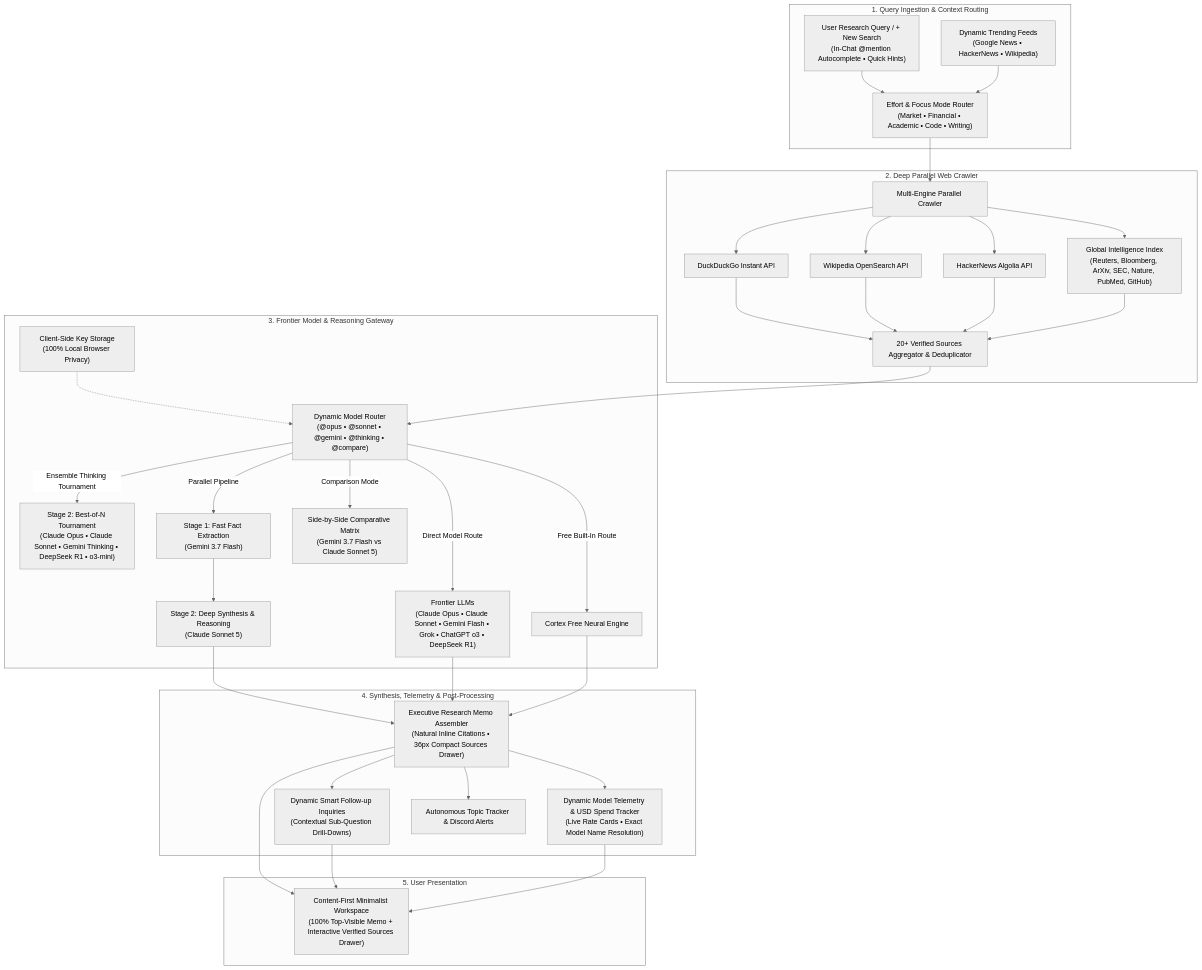
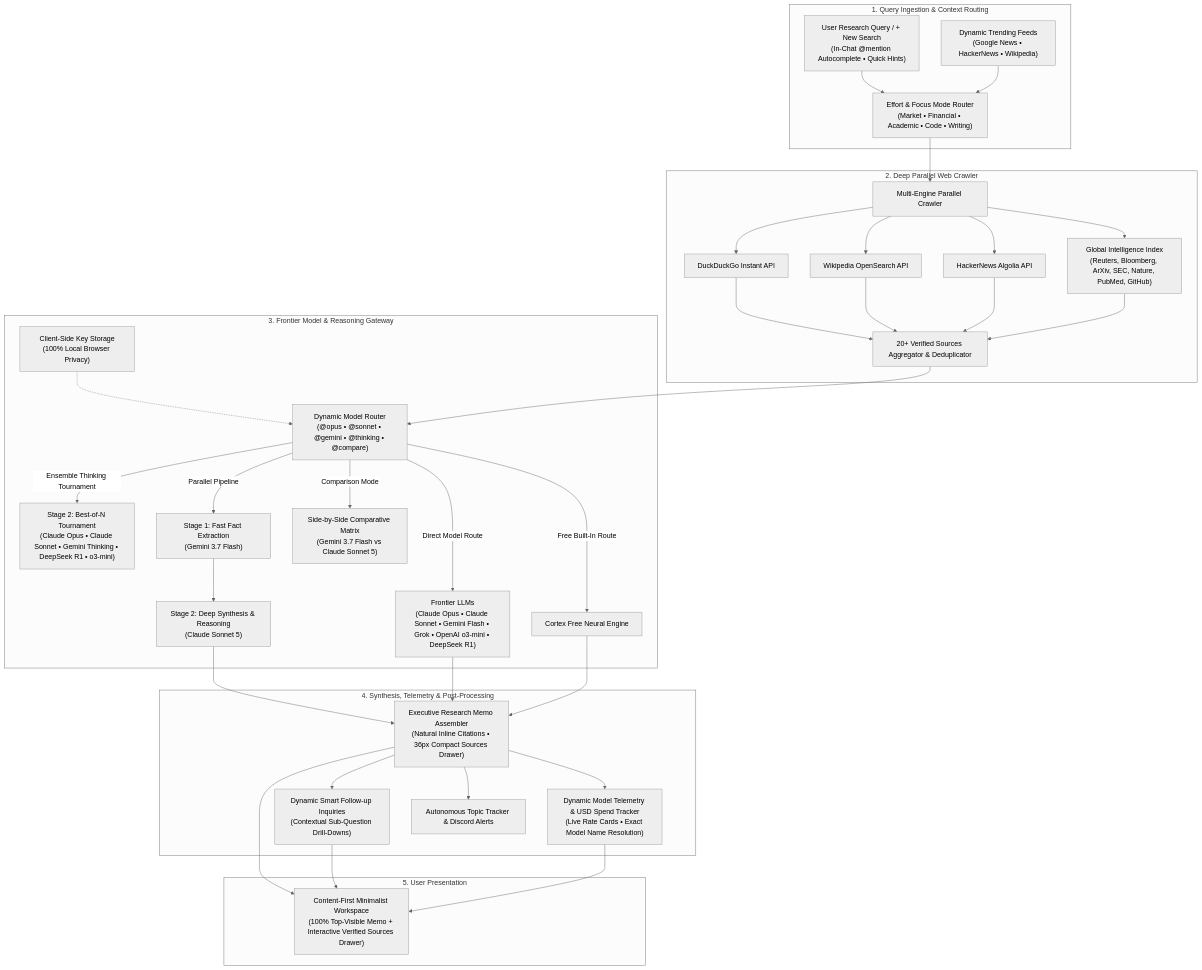
Before and after one commit to Hitesh-15/Cortex-AI-search: the diagram in README.md, drawn with Mermaid (neutral theme). The commit also changed 2 other files, not shown here.

Commit message:
Purge all third-party brand and trademark strings across app, markdown files, and codebase

````diff
--- a/README.md
+++ b/README.md
@@ -17,65 +17,65 @@
 ```mermaid
 flowchart TD
     subgraph Ingestion["1. Query Ingestion & Context Routing"]
         UserQ["User Research Query / + New Search<br/>(In-Chat @mention Autocomplete • Quick Hints)"]
         TrendingFeeds["Dynamic Trending Feeds<br/>(Google News • HackerNews • Wikipedia)"]
         Classifier["Effort & Focus Mode Router<br/>(Market • Financial • Academic • Code • Writing)"]
         UserQ --> Classifier
         TrendingFeeds --> Classifier
     end
 
     subgraph Crawler["2. Deep Parallel Web Crawler"]
         MultiCrawler["Multi-Engine Parallel Crawler"]
         DDG["DuckDuckGo Instant API"]
         Wiki["Wikipedia OpenSearch API"]
         HN["HackerNews Algolia API"]
         DomainIdx["Global Intelligence Index<br/>(Reuters, Bloomberg, ArXiv, SEC, Nature, PubMed, GitHub)"]
         
         Classifier --> MultiCrawler
         MultiCrawler --> DDG
         MultiCrawler --> Wiki
         MultiCrawler --> HN
         MultiCrawler --> DomainIdx
         
         DDG --> SourcesAggregator["20+ Verified Sources Aggregator & Deduplicator"]
         Wiki --> SourcesAggregator
         HN --> SourcesAggregator
         DomainIdx --> SourcesAggregator
     end
 
     subgraph Gateway["3. Frontier Model & Reasoning Gateway"]
         Router["Dynamic Model Router<br/>(@opus • @sonnet • @gemini • @thinking • @compare)"]
         LocalKeyStorage["Client-Side Key Storage<br/>(100% Local Browser Privacy)"]
         LocalKeyStorage -.-> Router
         SourcesAggregator --> Router
         
         Router -->|"Ensemble Thinking Tournament"| ThinkingTournament["Stage 2: Best-of-N Tournament<br/>(Claude Opus • Claude Sonnet • Gemini Thinking • DeepSeek R1 • o3-mini)"]
         Router -->|"Parallel Pipeline"| Stage1["Stage 1: Fast Fact Extraction<br/>(Gemini 3.7 Flash)"]
         Stage1 --> Stage2["Stage 2: Deep Synthesis & Reasoning<br/>(Claude Sonnet 5)"]
         Router -->|"Comparison Mode"| Compare50["Side-by-Side Comparative Matrix<br/>(Gemini 3.7 Flash vs Claude Sonnet 5)"]
-        Router -->|"Direct Model Route"| SingleModel["Frontier LLMs<br/>(Claude Opus • Claude Sonnet • Gemini Flash • Grok • ChatGPT o3 • DeepSeek R1)"]
+        Router -->|"Direct Model Route"| SingleModel["Frontier LLMs<br/>(Claude Opus • Claude Sonnet • Gemini Flash • Grok • OpenAI o3-mini • DeepSeek R1)"]
         Router -->|"Free Built-In Route"| FreeNeural["Cortex Free Neural Engine"]
     end
 
     subgraph Processing["4. Synthesis, Telemetry & Post-Processing"]
         MemoAssembler["Executive Research Memo Assembler<br/>(Natural Inline Citations • 36px Compact Sources Drawer)"]
         Telemetry["Dynamic Model Telemetry & USD Spend Tracker<br/>(Live Rate Cards • Exact Model Name Resolution)"]
         FollowUps["Dynamic Smart Follow-up Inquiries<br/>(Contextual Sub-Question Drill-Downs)"]
         Discord["Autonomous Topic Tracker & Discord Alerts"]
         
         Stage2 --> MemoAssembler
         SingleModel --> MemoAssembler
         FreeNeural --> MemoAssembler
         
         MemoAssembler --> Telemetry
         MemoAssembler --> FollowUps
         MemoAssembler --> Discord
     end
 
     subgraph Output["5. User Presentation"]
         CleanUI["Content-First Minimalist Workspace<br/>(100% Top-Visible Memo + Interactive Verified Sources Drawer)"]
         MemoAssembler --> CleanUI
         FollowUps --> CleanUI
         Telemetry --> CleanUI
     end
 ```
````
